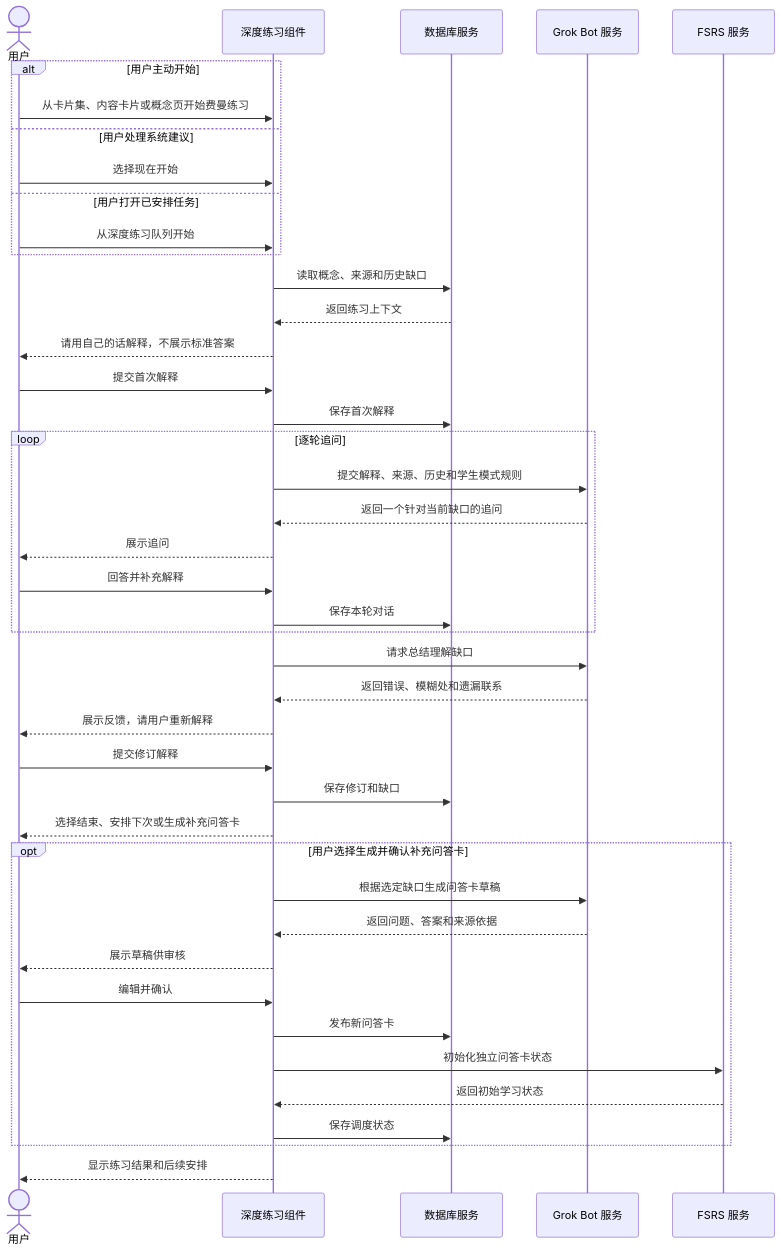
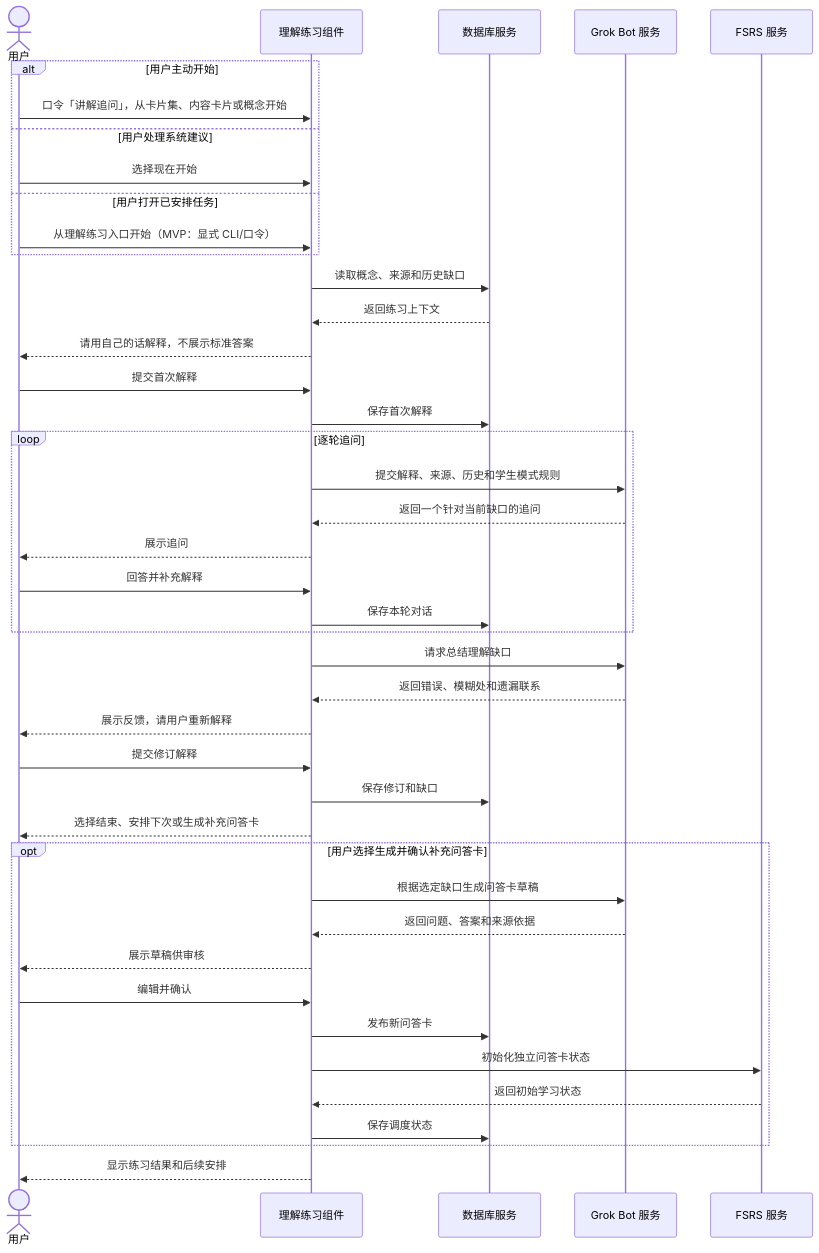
The fourth of 6 diagrams in docs/technical/sequences.md (TheWS/flash-bot), drawn with Mermaid before and after one commit. The commit also changed other lines of this file and 9 other files, not shown here.

First line of the commit message:
docs: 口令改为概括对照/理解问答/讲解追问，并与 MVP 实现对齐

````diff
--- a/docs/technical/sequences.md
+++ b/docs/technical/sequences.md
@@ -113,45 +113,45 @@
 ```mermaid
 sequenceDiagram
     actor U as 用户
-    participant A as 深度练习组件
+    participant A as 理解练习组件
     participant D as 数据库服务
     participant G as Grok Bot 服务
     participant F as FSRS 服务
 
     alt 用户主动开始
-        U->>A: 从卡片集、内容卡片或概念页开始费曼练习
+        U->>A: 口令「讲解追问」，从卡片集、内容卡片或概念开始
     else 用户处理系统建议
         U->>A: 选择现在开始
     else 用户打开已安排任务
-        U->>A: 从深度练习队列开始
+        U->>A: 从理解练习入口开始（MVP：显式 CLI/口令）
     end
     A->>D: 读取概念、来源和历史缺口
     D-->>A: 返回练习上下文
     A-->>U: 请用自己的话解释，不展示标准答案
     U->>A: 提交首次解释
     A->>D: 保存首次解释
     loop 逐轮追问
         A->>G: 提交解释、来源、历史和学生模式规则
         G-->>A: 返回一个针对当前缺口的追问
         A-->>U: 展示追问
         U->>A: 回答并补充解释
         A->>D: 保存本轮对话
     end
     A->>G: 请求总结理解缺口
     G-->>A: 返回错误、模糊处和遗漏联系
     A-->>U: 展示反馈，请用户重新解释
     U->>A: 提交修订解释
     A->>D: 保存修订和缺口
     A-->>U: 选择结束、安排下次或生成补充问答卡
     opt 用户选择生成并确认补充问答卡
         A->>G: 根据选定缺口生成问答卡草稿
         G-->>A: 返回问题、答案和来源依据
         A-->>U: 展示草稿供审核
         U->>A: 编辑并确认
         A->>D: 发布新问答卡
         A->>F: 初始化独立问答卡状态
         F-->>A: 返回初始学习状态
         A->>D: 保存调度状态
     end
     A-->>U: 显示练习结果和后续安排
 ```
````
